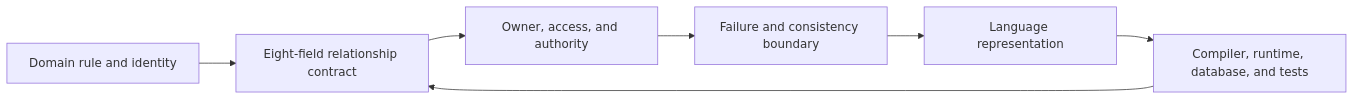
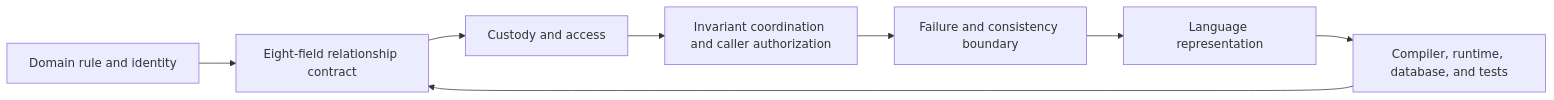
One commit to limaronaldo/roo changed the first of 2 diagrams in docs/08-rust-and-object-design.md. Above: the diagram before and after it, drawn with Mermaid. The commit also changed other lines of this file and 27 other files, not shown here.

````diff
--- a/docs/08-rust-and-object-design.md
+++ b/docs/08-rust-and-object-design.md
@@ -529,9 +529,10 @@
 ```mermaid
 flowchart LR
     A[Domain rule and identity] --> B[Eight-field relationship contract]
-    B --> C[Owner, access, and authority]
-    C --> D[Failure and consistency boundary]
+    B --> C[Custody and access]
+    C --> C2[Invariant coordination and caller authorization]
+    C2 --> D[Failure and consistency boundary]
     D --> E[Language representation]
     E --> F[Compiler, runtime, database, and tests]
     F --> B
 ```
````
